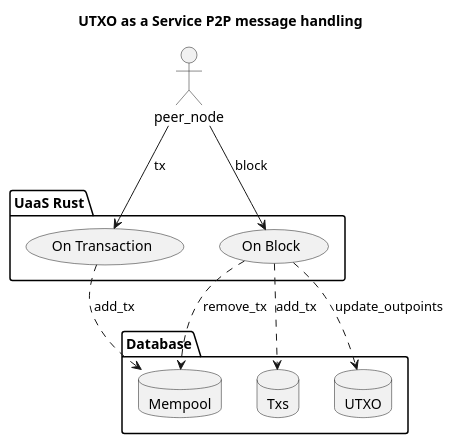
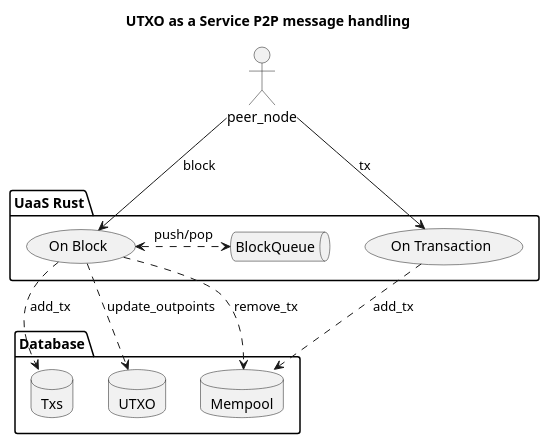
One commit to nchain-innovation/utxo-as-a-service changed the diagram in docs/diagrams/usecase.puml. Above: the diagram before and after it, drawn with PlantUML. The commit also changed 1 other file, not shown here.

```diff
--- a/docs/diagrams/usecase.puml
+++ b/docs/diagrams/usecase.puml
@@ -1,28 +1,34 @@
 @startuml
 title UTXO as a Service P2P message handling
 top to bottom direction
 'right to left direction
 
 actor peer_node as pn
 
 package "Database" {
     database Mempool
     database Txs
     database UTXO
 }
 
 package "UaaS Rust" {
+
+    queue BlockQueue
+
     pn -down-> (On Transaction) :tx
 
-    (On Transaction) ..> (Mempool): add_tx
+    (On Transaction) .down.> (Mempool): add_tx
 
     pn -down-> (On Block) :block
 
-    (On Block) ..> (Mempool): remove_tx
-    (On Block) ..> (Txs): add_tx
-    (On Block) ..> (UTXO): update_outpoints
+    (On Block) .down.> (Mempool): remove_tx
+    (On Block) .down.> (Txs): add_tx
+    (On Block) .down.> (UTXO): update_outpoints
+
+
+    (On Block) <.right.> BlockQueue: push/pop
 
 }
 
 
 @enduml
```
